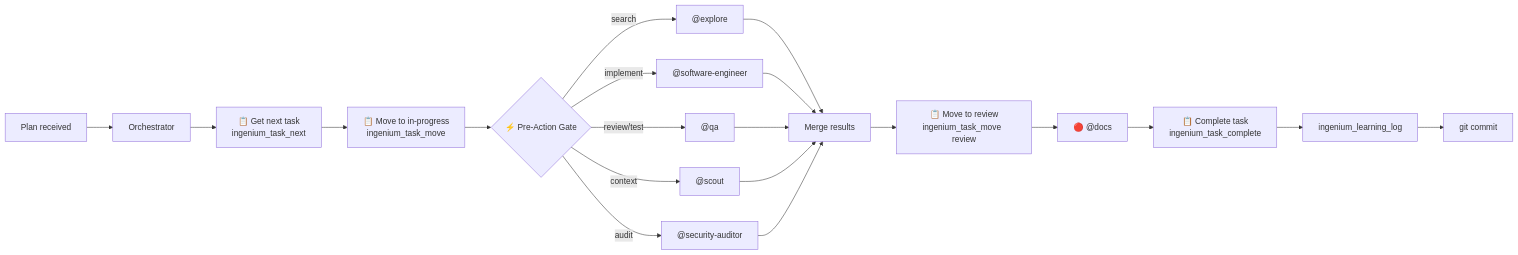
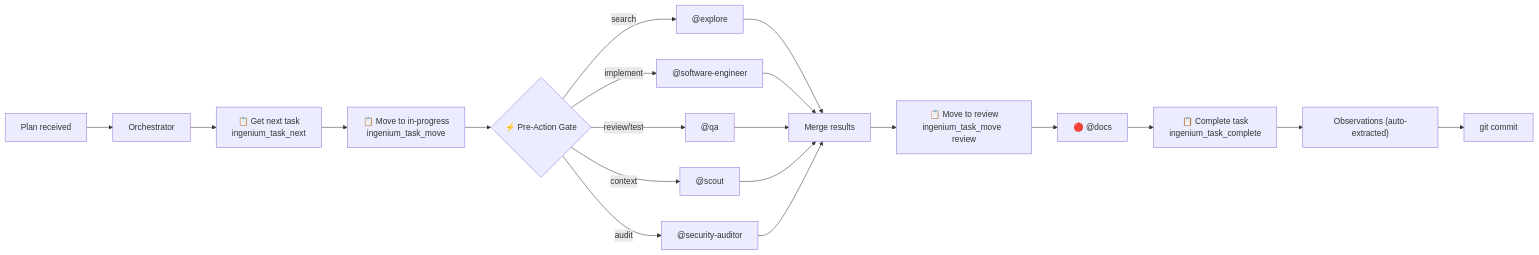
One commit to jtmb/ingenium changed the fourth of 4 diagrams in docs/agents.md. Above: the diagram before and after it, drawn with Mermaid. The commit also changed other lines of this file and 45 other files, not shown here.

````diff
--- a/docs/agents.md
+++ b/docs/agents.md
@@ -330,22 +329,22 @@
 ```mermaid
 flowchart LR
     PLAN["Plan received"] --> O["Orchestrator"]
     O --> KGET["📋 Get next task<br/>ingenium_task_next"]
     KGET --> KPROG["📋 Move to in-progress<br/>ingenium_task_move"]
     KPROG --> GATE{"⚡ Pre-Action Gate"}
     GATE -->|"search"| EXP["@explore"]
     GATE -->|"implement"| SE["@software-engineer"]
     GATE -->|"review/test"| QA["@qa"]
     GATE -->|"audit"| AUDIT["@security-auditor"]
     GATE -->|"context"| SCOUT["@scout"]
     EXP --> MERGE["Merge results"]
     SE --> MERGE
     QA --> MERGE
     SCOUT --> MERGE
     AUDIT --> MERGE
     MERGE --> KREV["📋 Move to review<br/>ingenium_task_move <id> review"]
     KREV --> DOC["🔴 @docs"]
     DOC --> KCOMPLETE["📋 Complete task<br/>ingenium_task_complete"]
-    KCOMPLETE --> LEARN["ingenium_learning_log"]
-    LEARN --> COMMIT["git commit"]
+    KCOMPLETE --> OBSERVE["Observations (auto-extracted)"]
+    OBSERVE --> COMMIT["git commit"]
 ```
````
